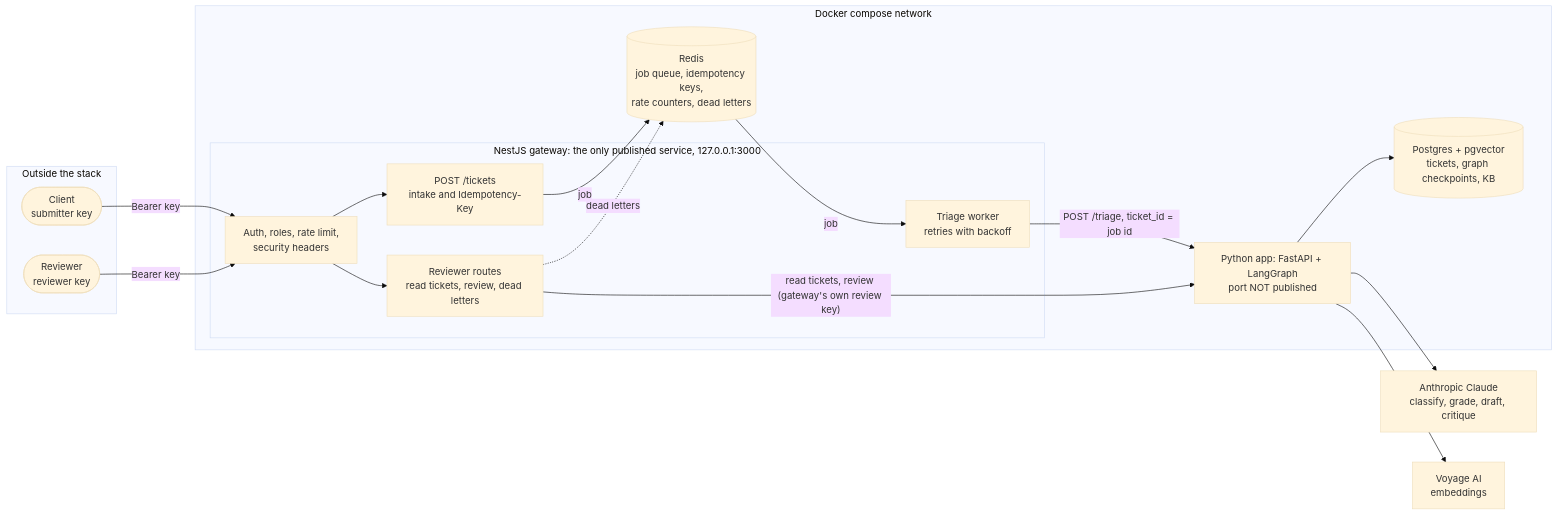
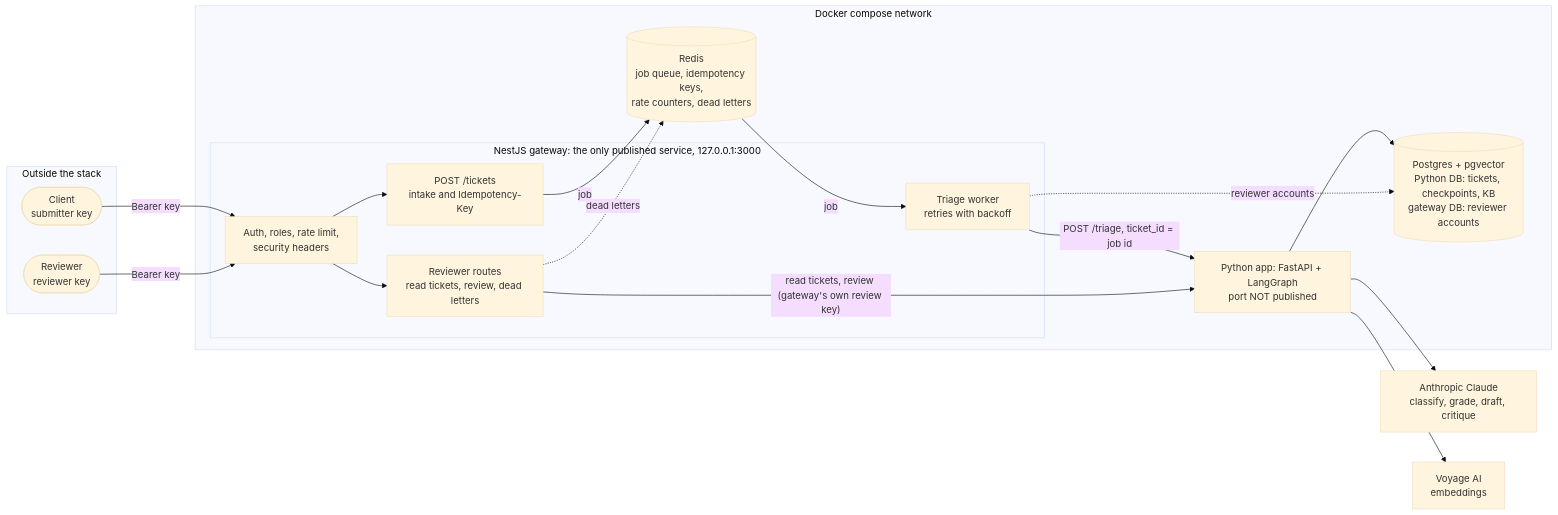
Before and after one commit to ObiomaIkpe/TriageIQ: the second of 2 diagrams in README.md, drawn with Mermaid (base theme). The commit also changed other lines of this file and 42 other files, not shown here.

Commit message:
gateway: add reviewer accounts foundation (own database, users table, Argon2id, reviewer CLI)

````diff
--- a/README.md
+++ b/README.md
@@ -62,35 +62,36 @@
 ```mermaid
 flowchart LR
     subgraph outside ["Outside the stack"]
         client(["Client<br/>submitter key"])
         reviewer(["Reviewer<br/>reviewer key"])
     end
 
     subgraph compose ["Docker compose network"]
         subgraph gw ["NestJS gateway: the only published service, 127.0.0.1:3000"]
             guards["Auth, roles, rate limit,<br/>security headers"]
             intake["POST /tickets<br/>intake and Idempotency-Key"]
             passthrough["Reviewer routes<br/>read tickets, review, dead letters"]
             worker["Triage worker<br/>retries with backoff"]
         end
         redis[("Redis<br/>job queue, idempotency keys,<br/>rate counters, dead letters")]
         app["Python app: FastAPI + LangGraph<br/>port NOT published"]
-        pg[("Postgres + pgvector<br/>tickets, graph checkpoints, KB")]
+        pg[("Postgres + pgvector<br/>Python DB: tickets, checkpoints, KB<br/>gateway DB: reviewer accounts")]
     end
 
     claude["Anthropic Claude<br/>classify, grade, draft, critique"]
     voyage["Voyage AI<br/>embeddings"]
 
     client -->|"Bearer key"| guards
     reviewer -->|"Bearer key"| guards
     guards --> intake
     guards --> passthrough
     intake -->|"job"| redis
     redis -->|"job"| worker
     worker -->|"POST /triage, ticket_id = job id"| app
     passthrough -->|"read tickets, review (gateway's own review key)"| app
     passthrough -.->|"dead letters"| redis
     app --> pg
+    worker -.->|"reviewer accounts"| pg
     app --> claude
     app --> voyage
 ```
````
